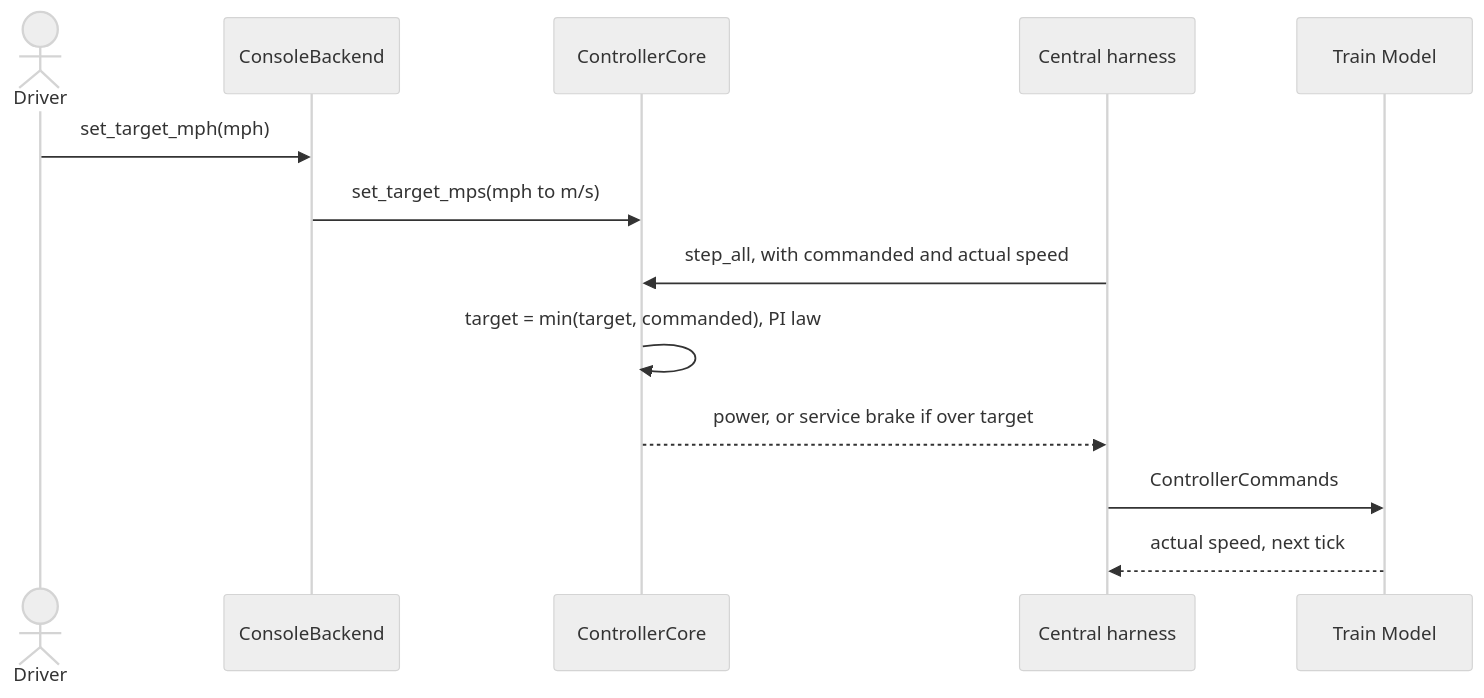
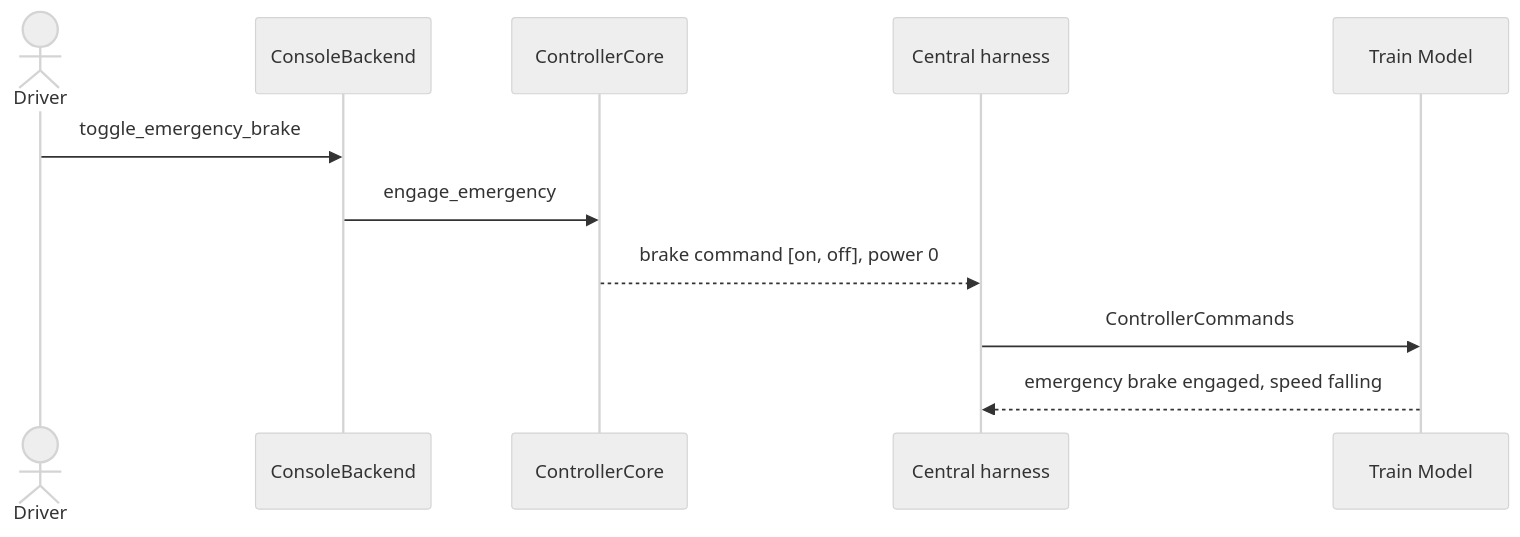
One commit to Landiss04/Track-Overflow changed the ninth of 11 diagrams in documents/Railway_Sim_SDD_Train_Controller.md. Above: the diagram before and after it, drawn with Mermaid (neutral theme). The commit also changed other lines of this file, not shown here.

````diff
--- a/documents/Railway_Sim_SDD_Train_Controller.md
+++ b/documents/Railway_Sim_SDD_Train_Controller.md
@@ -996,15 +1162,13 @@
 ```mermaid
 sequenceDiagram
   actor D as Driver
   participant B as ConsoleBackend
   participant C as ControllerCore
   participant H as Central harness
   participant TM as Train Model
-  D->>B: set_target_mph(mph)
-  B->>C: set_target_mps(mph to m/s)
-  H->>C: step_all, with commanded and actual speed
-  C->>C: target = min(target, commanded), PI law
-  C-->>H: power, or service brake if over target
+  D->>B: toggle_emergency_brake
+  B->>C: engage_emergency
+  C-->>H: brake command [on, off], power 0
   H->>TM: ControllerCommands
-  TM-->>H: actual speed, next tick
+  TM-->>H: emergency brake engaged, speed falling
 ```
````
